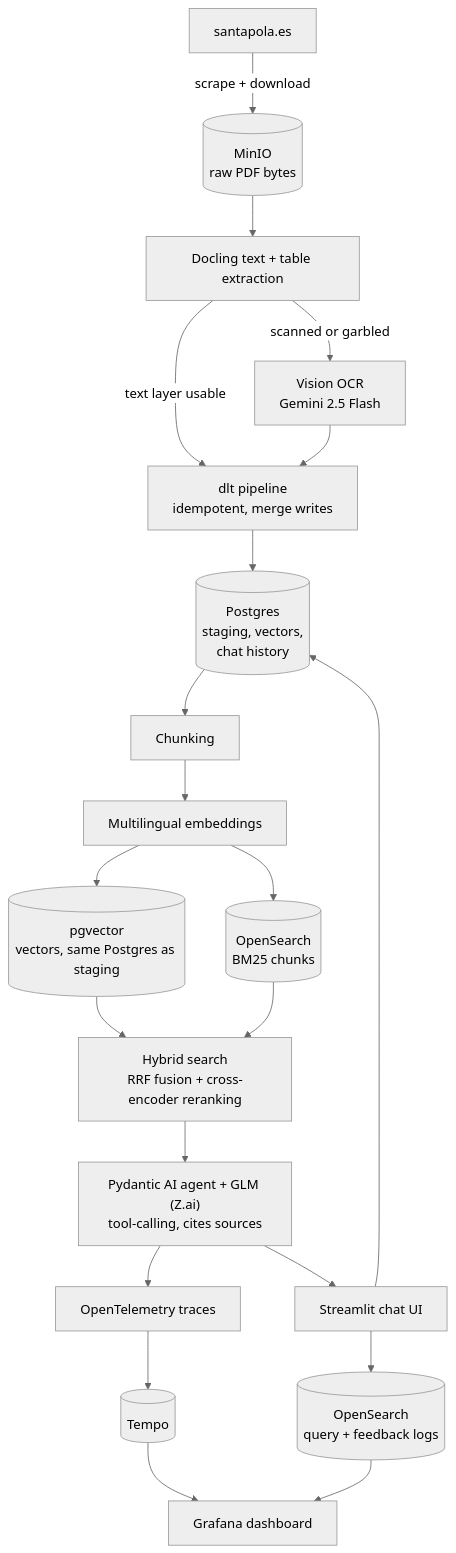
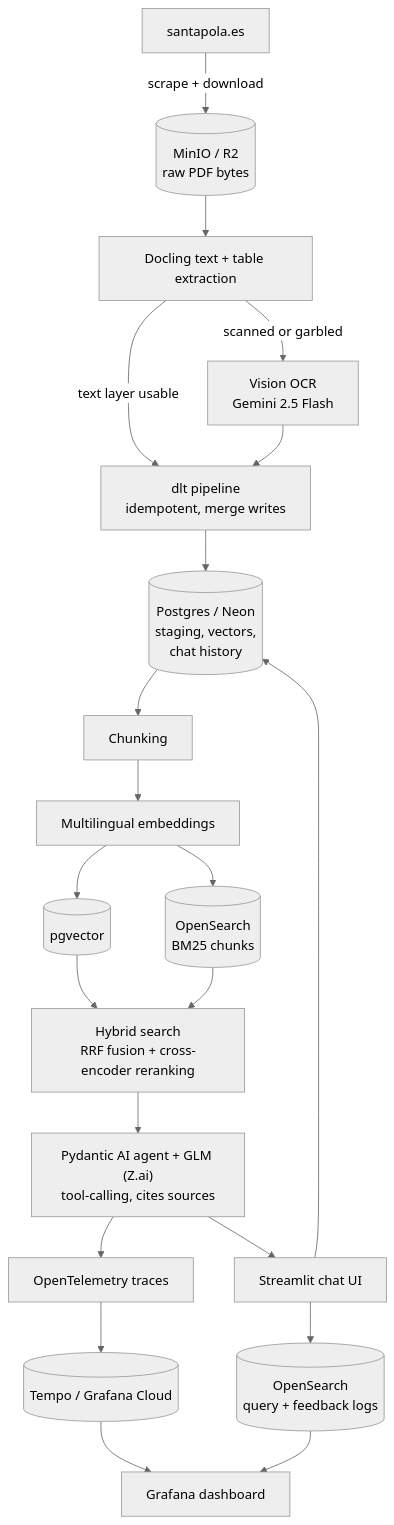
One commit to pavel-kalmykov/santa-pola-normativa-assistant changed the diagram in README.md. Above: the diagram before and after it, drawn with Mermaid (neutral theme). The commit also changed other lines of this file, not shown here.

````diff
--- a/README.md
+++ b/README.md
@@ -35,23 +26,23 @@
 ```mermaid
 flowchart TD
-    A[santapola.es] -->|scrape + download| B[("MinIO<br/>raw PDF bytes")]
+    A[santapola.es] -->|scrape + download| B[("MinIO / R2<br/>raw PDF bytes")]
     B --> C[Docling text + table extraction]
     C -->|text layer usable| F
     C -->|scanned or garbled| D["Vision OCR<br/>Gemini 2.5 Flash"]
     D --> F[dlt pipeline<br/>idempotent, merge writes]
-    F --> G[("Postgres<br/>staging, vectors,<br/>chat history")]
+    F --> G[("Postgres / Neon<br/>staging, vectors,<br/>chat history")]
     G --> H[Chunking]
     H --> I[Multilingual embeddings]
-    I --> J[("pgvector<br/>vectors, same Postgres as staging")]
+    I --> J[("pgvector")]
     I --> K[("OpenSearch<br/>BM25 chunks")]
     J --> L["Hybrid search<br/>RRF fusion + cross-encoder reranking"]
     K --> L
     L --> M["Pydantic AI agent + GLM (Z.ai)<br/>tool-calling, cites sources"]
     M --> N[Streamlit chat UI]
     M --> O["OpenTelemetry traces"]
-    O --> P[("Tempo")]
+    O --> P[("Tempo / Grafana Cloud")]
     N --> Q[("OpenSearch<br/>query + feedback logs")]
     N --> G
     P --> R[Grafana dashboard]
     Q --> R
 ```
````
